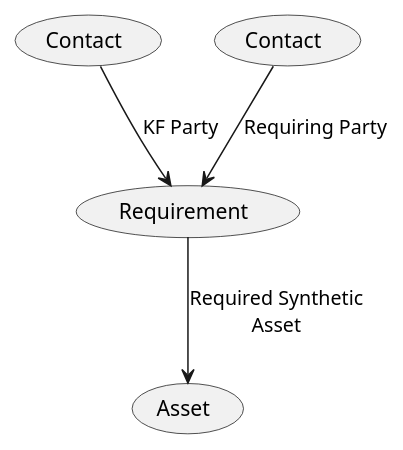
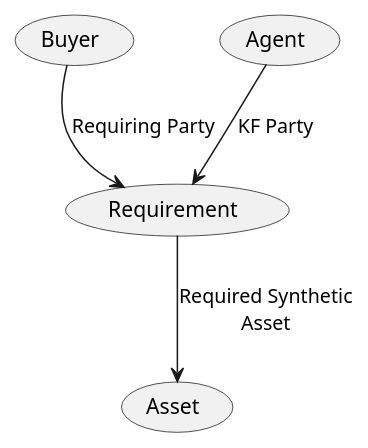
Before and after one commit to Kf-GaryNewport/Kf-GaryNewport.github.io: the diagram in assets/RealEstate/Requirement.puml, drawn with PlantUML. The commit also changed 7 other files, not shown here.

```diff
--- a/assets/RealEstate/Requirement.puml
+++ b/assets/RealEstate/Requirement.puml
@@ -1,10 +1,10 @@
 @startuml Requirement
 
-(Contact) as (KfParty)
-(Contact) as (ClientParty)
+' (Contact) as (Agent)
+' (Contact) as (Buyer)
 
-(ClientParty) --> (Requirement) : Requiring Party
-(KfParty) --> (Requirement) : KF Party
+(Buyer) --> (Requirement) : Requiring Party
+(Agent) --> (Requirement) : KF Party
 (Requirement) --> (Asset) : Required Synthetic\nAsset
  
 @enduml
```
